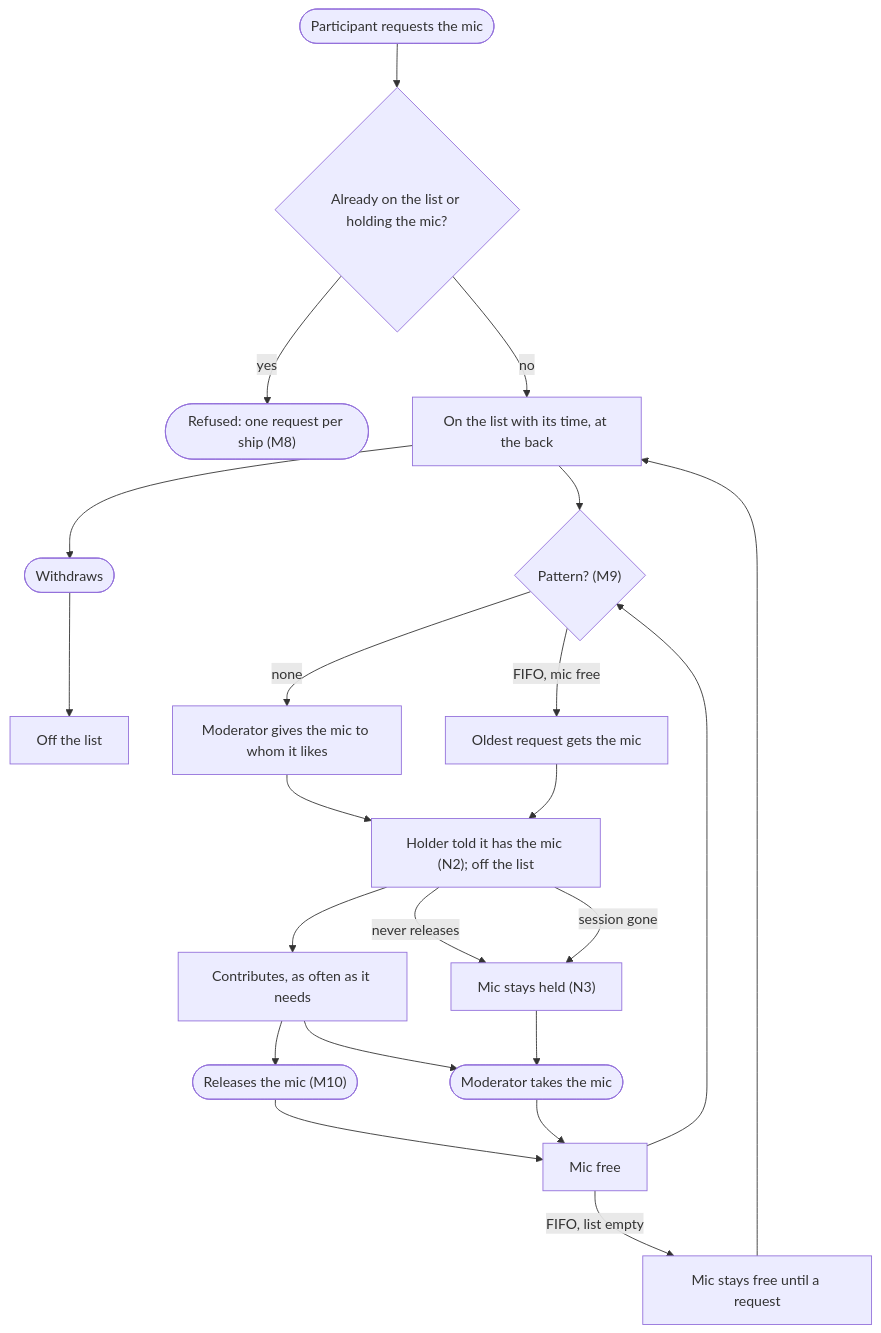
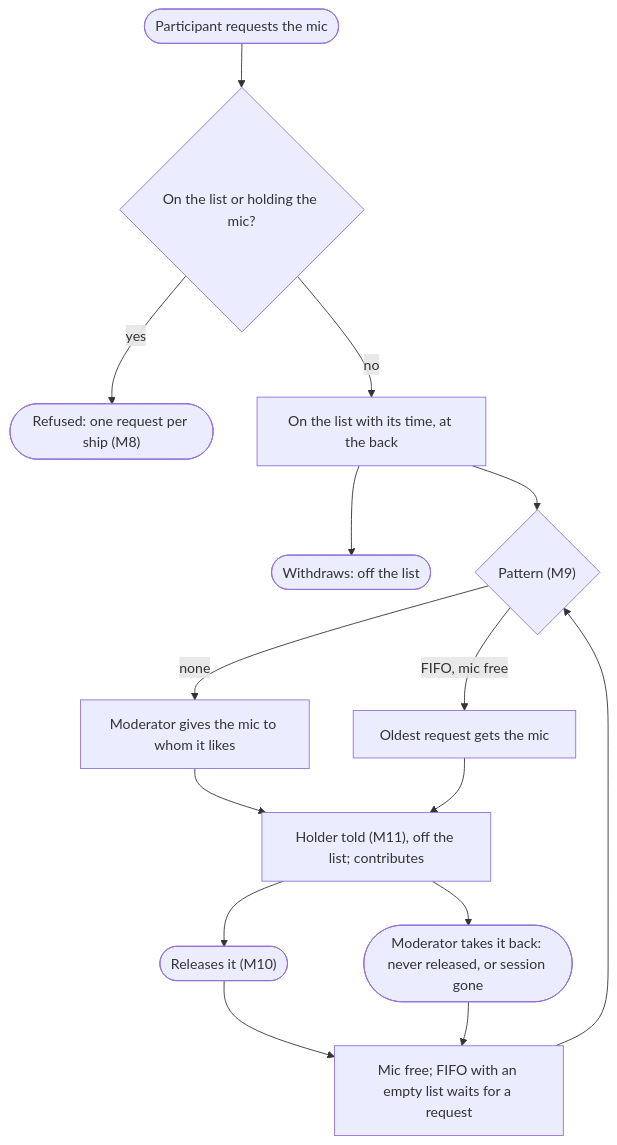
Before and after one commit to ThomasHendrickx/aeolus-fleet: the third of 5 diagrams in docs/design/meetings/meetings.md, drawn with Mermaid. The commit also changed other lines of this file, not shown here.

First line of the commit message:
Design: meetings, round 2 answers, flows split for the phone, slices for 0.31.0

````diff
--- a/docs/design/meetings/meetings.md
+++ b/docs/design/meetings/meetings.md
@@ -108,22 +113,17 @@
 ```mermaid
 flowchart TD
-  ask(["Participant requests the mic"]) --> has{"Already on the list or holding the mic?"}
+  ask(["Participant requests the mic"]) --> has{"On the list or holding the mic?"}
   has -->|yes| r1(["Refused: one request per ship (M8)"])
   has -->|no| queued["On the list with its time, at the back"]
-  queued --> withdraw(["Withdraws"]) --> gone[Off the list]
-  queued --> who{"Pattern? (M9)"}
+  queued --> withdraw(["Withdraws: off the list"])
+  queued --> who{"Pattern (M9)"}
   who -->|none| pick["Moderator gives the mic to whom it likes"]
-  who -->|FIFO, mic free| oldest["Oldest request gets the mic"]
-  pick --> holder["Holder told it has the mic (N2); off the list"]
+  who -->|"FIFO, mic free"| oldest["Oldest request gets the mic"]
+  pick --> holder["Holder told (M11), off the list; contributes"]
   oldest --> holder
-  holder --> speak["Contributes, as often as it needs"]
-  speak --> release(["Releases the mic (M10)"])
-  speak --> take(["Moderator takes the mic"])
-  holder -->|never releases| stall["Mic stays held (N3)"] --> take
-  holder -->|"session gone"| stall
-  release --> free[Mic free]
+  holder --> release(["Releases it (M10)"])
+  holder --> take(["Moderator takes it back: never released, or session gone"])
+  release --> free["Mic free; FIFO with an empty list waits for a request"]
   take --> free
   free --> who
-  free -->|"FIFO, list empty"| idle[Mic stays free until a request]
-  idle --> queued
 ```
````
